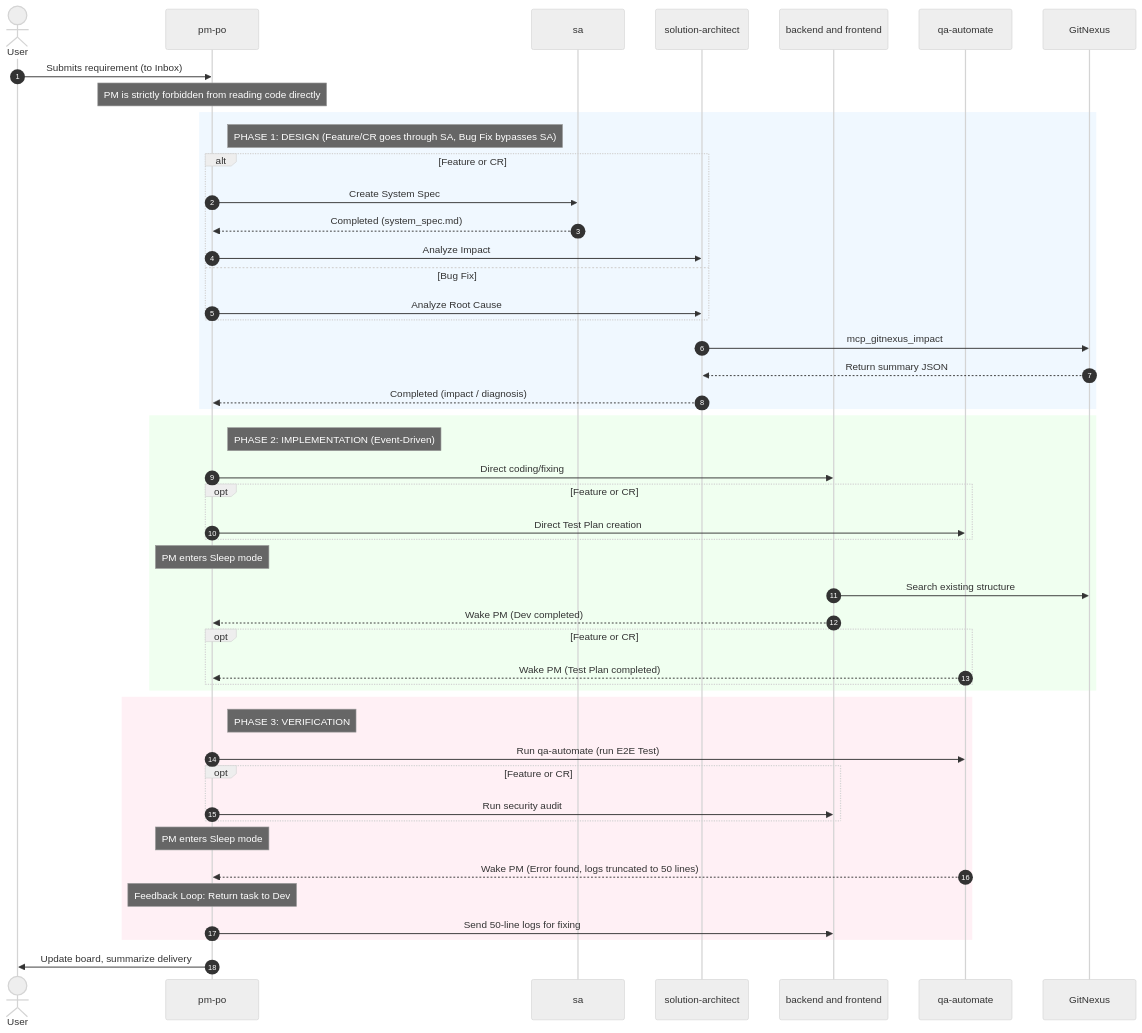
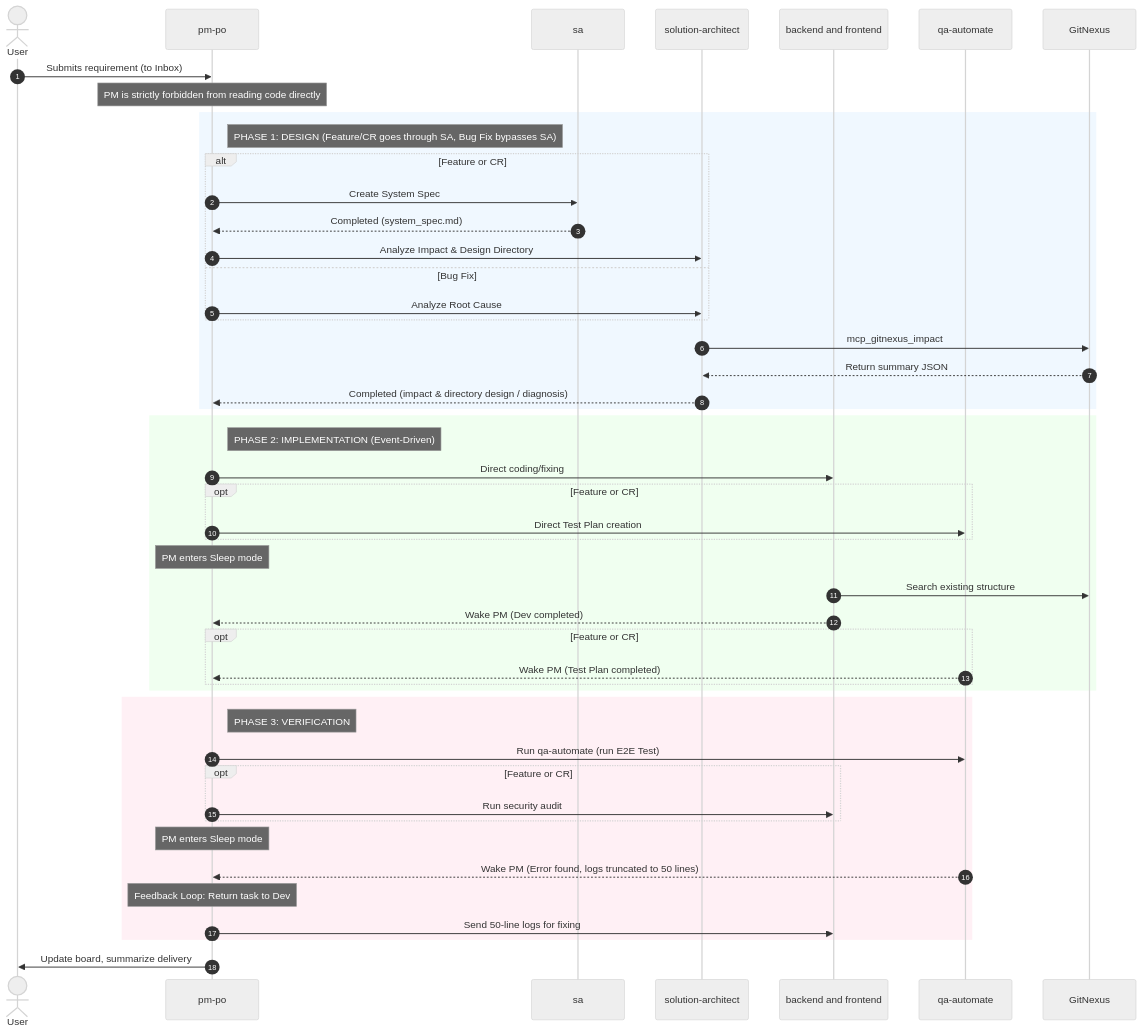
The second of 2 diagrams in README.md (supat29182/gemini-agent-team-template), drawn with Mermaid (neutral theme) before and after one commit. The commit also changed other lines of this file and 1 other file, not shown here.

Commit message:
chore update document

````diff
--- a/README.md
+++ b/README.md
@@ -48,58 +48,58 @@
 ```mermaid
 sequenceDiagram
     autonumber
     actor User
     participant PM as pm-po
     participant SA as sa
     participant Arch as solution-architect
     participant Devs as backend and frontend
     participant QA as qa-automate
     participant Nexus as GitNexus
     
     User->>PM: Submits requirement (to Inbox)
     Note over PM: PM is strictly forbidden from reading code directly
     
     rect rgb(240, 248, 255)
         Note right of PM: PHASE 1: DESIGN (Feature/CR goes through SA, Bug Fix bypasses SA)
         alt Feature or CR
             PM->>SA: Create System Spec
             SA-->>PM: Completed (system_spec.md)
-            PM->>Arch: Analyze Impact
+            PM->>Arch: Analyze Impact & Design Directory
         else Bug Fix
             PM->>Arch: Analyze Root Cause
         end
         Arch->>Nexus: mcp_gitnexus_impact
         Nexus-->>Arch: Return summary JSON
-        Arch-->>PM: Completed (impact / diagnosis)
+        Arch-->>PM: Completed (impact & directory design / diagnosis)
     end
 
     rect rgb(240, 255, 240)
         Note right of PM: PHASE 2: IMPLEMENTATION (Event-Driven)
         PM->>Devs: Direct coding/fixing
         opt Feature or CR
             PM->>QA: Direct Test Plan creation
         end
         Note over PM: PM enters Sleep mode
         
         Devs->>Nexus: Search existing structure
         Devs-->>PM: Wake PM (Dev completed)
         opt Feature or CR
             QA-->>PM: Wake PM (Test Plan completed)
         end
     end
 
     rect rgb(255, 240, 245)
         Note right of PM: PHASE 3: VERIFICATION
         PM->>QA: Run qa-automate (run E2E Test)
         opt Feature or CR
             PM->>Devs: Run security audit
         end
         Note over PM: PM enters Sleep mode
         
         QA-->>PM: Wake PM (Error found, logs truncated to 50 lines)
         Note over PM: Feedback Loop: Return task to Dev
         PM->>Devs: Send 50-line logs for fixing
     end
     
     PM->>User: Update board, summarize delivery
 ```
````
